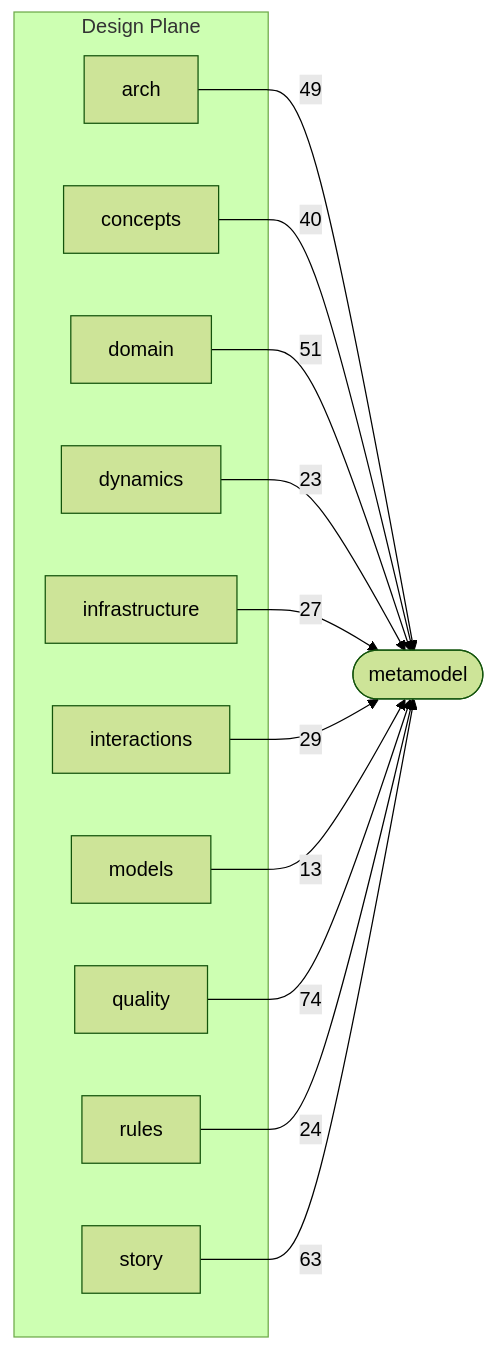
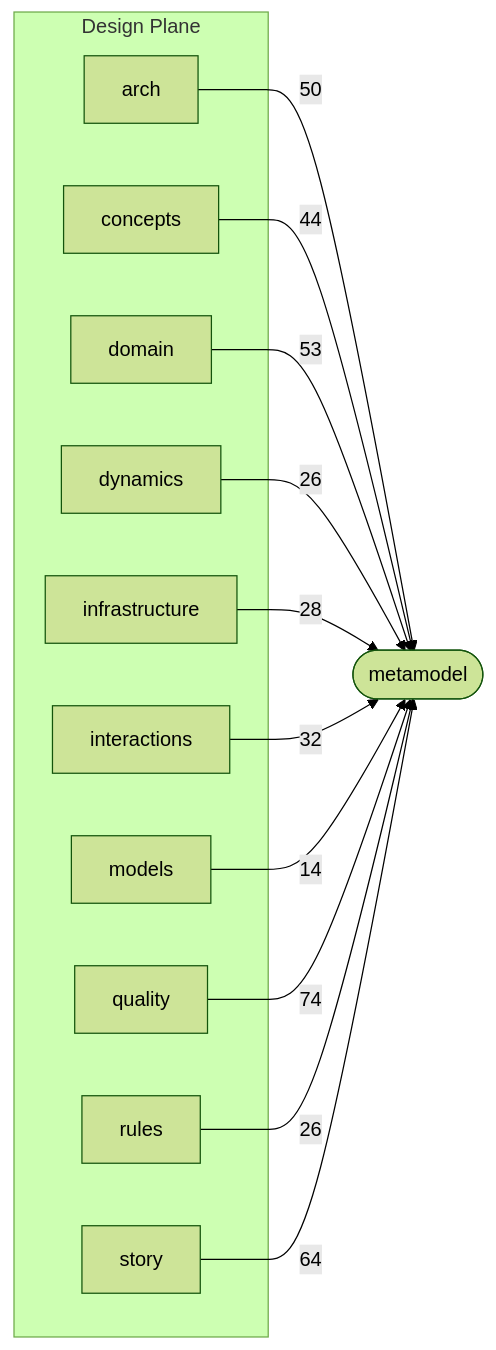
One commit to Archally/blueprint-schema changed the second of 3 diagrams in docs/schema-atlas/v2.8/layer-map.md. Above: the diagram before and after it, drawn with Mermaid (forest theme). The commit also changed 15 other files, not shown here.

First line of the commit message:
Blueprint Schema: an element states whether the system has it yet

````diff
--- a/docs/schema-atlas/v2.8/layer-map.md
+++ b/docs/schema-atlas/v2.8/layer-map.md
@@ -93,26 +93,26 @@
 ```mermaid
 graph LR
     subgraph design_plane["Design Plane"]
         design_arch_schema_yaml["arch"]
         design_concepts_schema_yaml["concepts"]
         design_domain_schema_yaml["domain"]
         design_dynamics_schema_yaml["dynamics"]
         design_infrastructure_schema_yaml["infrastructure"]
         design_interactions_schema_yaml["interactions"]
         design_models_schema_yaml["models"]
         design_quality_schema_yaml["quality"]
         design_rules_schema_yaml["rules"]
         design_story_schema_yaml["story"]
     end
     metamodel_schema_yaml(["metamodel"])
-    design_arch_schema_yaml -->|49| metamodel_schema_yaml
-    design_concepts_schema_yaml -->|40| metamodel_schema_yaml
-    design_domain_schema_yaml -->|51| metamodel_schema_yaml
-    design_dynamics_schema_yaml -->|23| metamodel_schema_yaml
-    design_infrastructure_schema_yaml -->|27| metamodel_schema_yaml
-    design_interactions_schema_yaml -->|29| metamodel_schema_yaml
-    design_models_schema_yaml -->|13| metamodel_schema_yaml
+    design_arch_schema_yaml -->|50| metamodel_schema_yaml
+    design_concepts_schema_yaml -->|44| metamodel_schema_yaml
+    design_domain_schema_yaml -->|53| metamodel_schema_yaml
+    design_dynamics_schema_yaml -->|26| metamodel_schema_yaml
+    design_infrastructure_schema_yaml -->|28| metamodel_schema_yaml
+    design_interactions_schema_yaml -->|32| metamodel_schema_yaml
+    design_models_schema_yaml -->|14| metamodel_schema_yaml
     design_quality_schema_yaml -->|74| metamodel_schema_yaml
-    design_rules_schema_yaml -->|24| metamodel_schema_yaml
-    design_story_schema_yaml -->|63| metamodel_schema_yaml
+    design_rules_schema_yaml -->|26| metamodel_schema_yaml
+    design_story_schema_yaml -->|64| metamodel_schema_yaml
 ```
````
